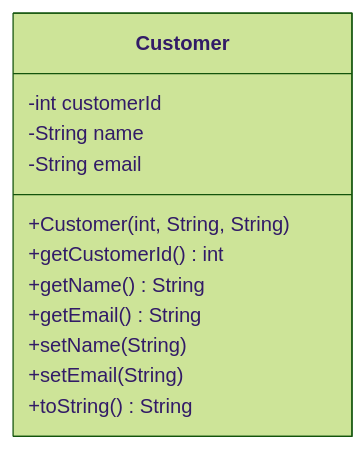
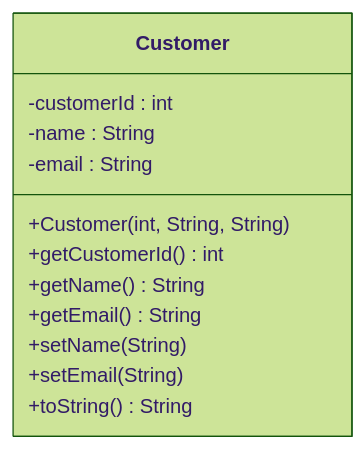
One commit to jayani-athukorala/java-oop-exercise changed the second of 5 diagrams in README.md. Above: the diagram before and after it, drawn with Mermaid (forest theme). The commit also changed other lines of this file, not shown here.

Commit message:
uml diagram

````diff
--- a/README.md
+++ b/README.md
@@ -42,15 +42,15 @@
 ```mermaid
 classDiagram
     class Customer {
-        -int customerId
-        -String name
-        -String email
+        -customerId : int 
+        -name : String
+        -email : String
         +Customer(int, String, String)
         +getCustomerId() int
         +getName() String
         +getEmail() String
         +setName(String)
         +setEmail(String)
         +toString() String
     }
 ```
````
